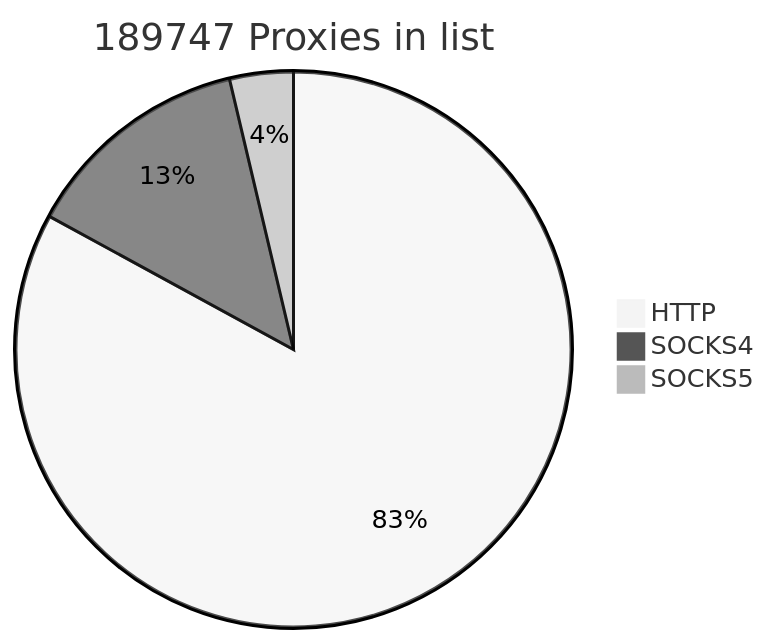
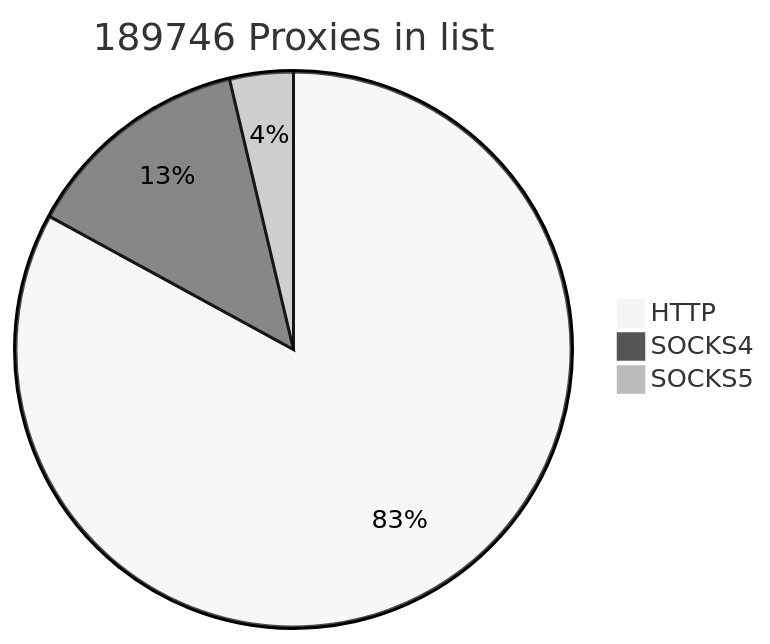
The first of 2 diagrams in README.md (cutipu/proxylist), drawn with Mermaid (neutral theme) before and after one commit. The commit also changed other lines of this file, not shown here.

````diff
--- a/README.md
+++ b/README.md
@@ -2,7 +2,7 @@
 ```mermaid
-pie title 189747 Proxies in list
+pie title 189746 Proxies in list
     "HTTP" : 157393
-    "SOCKS4" : 25333
+    "SOCKS4" : 25332
     "SOCKS5" : 7021
             
 ```
````
